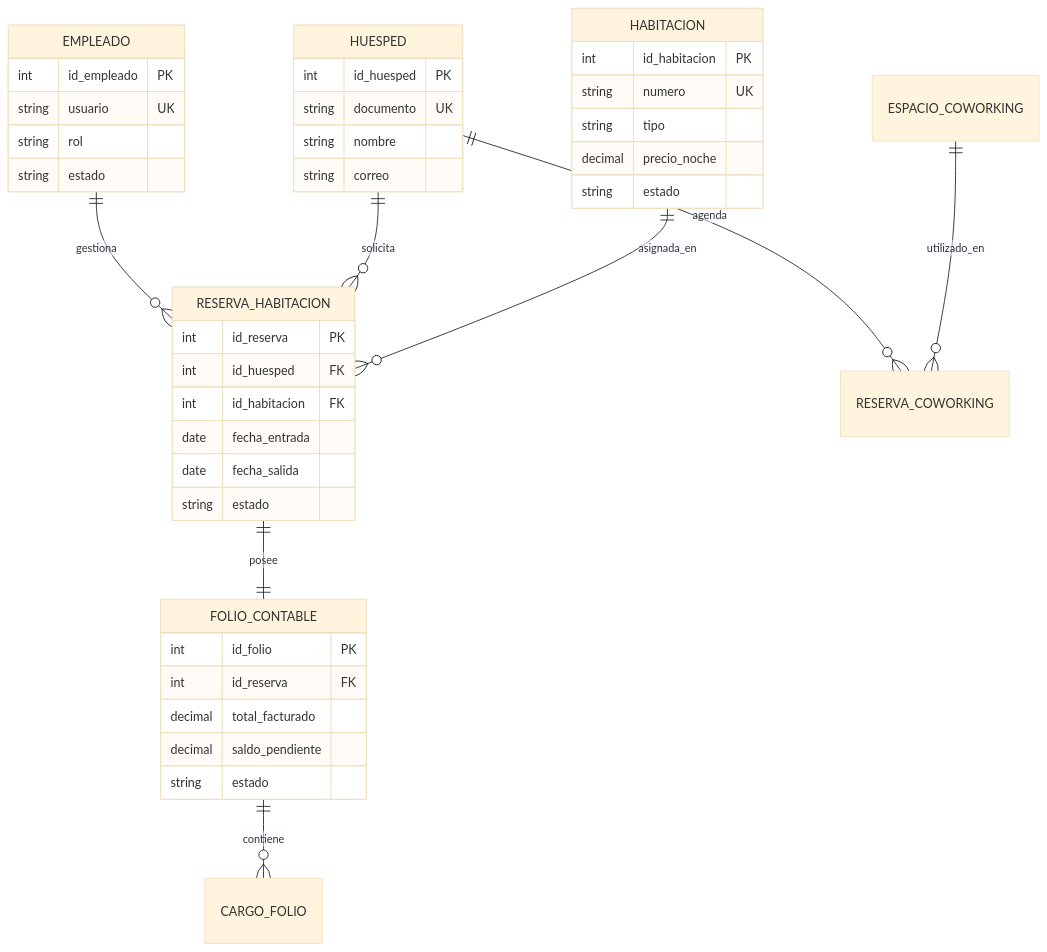
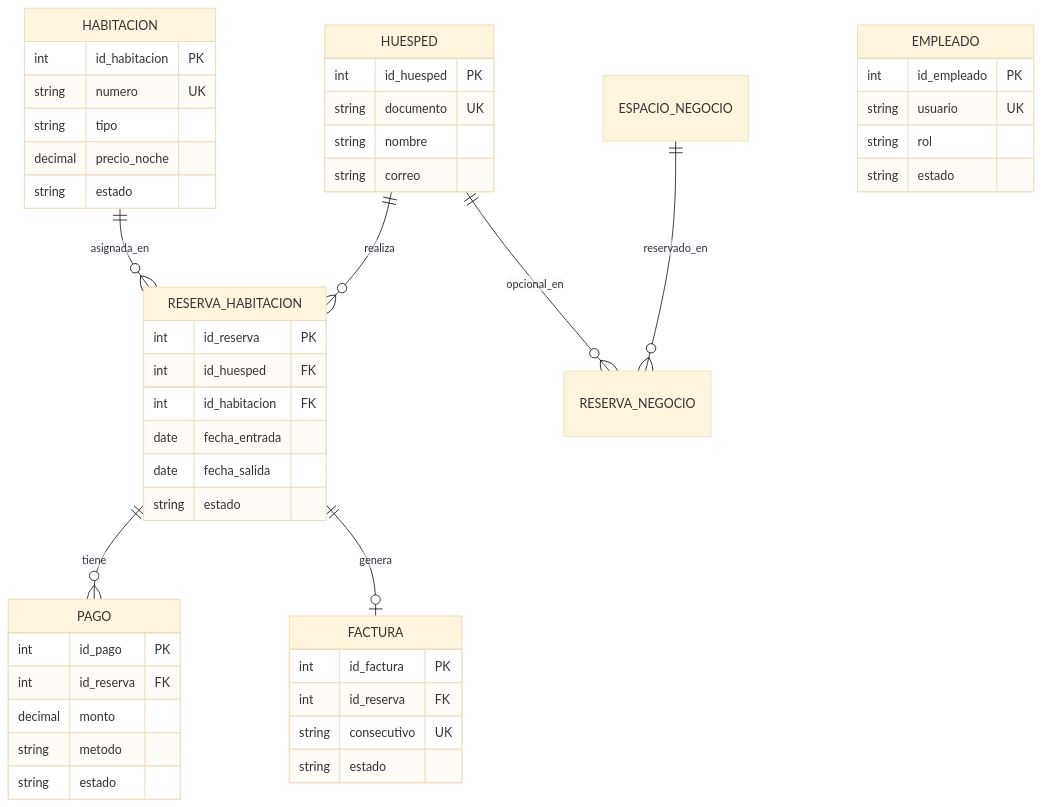
The fourth of 5 diagrams in docs/arquitectura/DOCUMENTACION_GENERAL_Y_DIAGRAMAS.md (bookingsoftHOTELFACILE/PROYECTO_FACILE), drawn with Mermaid (base theme) before and after one commit. The commit also changed other lines of this file and 11 other files, not shown here.

````diff
--- a/docs/arquitectura/DOCUMENTACION_GENERAL_Y_DIAGRAMAS.md
+++ b/docs/arquitectura/DOCUMENTACION_GENERAL_Y_DIAGRAMAS.md
@@ -177,45 +160,50 @@
 ```mermaid
 erDiagram
-    EMPLEADO ||--o{ RESERVA_HABITACION : "gestiona"
-    HUESPED ||--o{ RESERVA_HABITACION : "solicita"
-    HABITACION ||--o{ RESERVA_HABITACION : "asignada_en"
-    RESERVA_HABITACION ||--|| FOLIO_CONTABLE : "posee"
-    FOLIO_CONTABLE ||--o{ CARGO_FOLIO : "contiene"
-    HUESPED ||--o{ RESERVA_COWORKING : "agenda"
-    ESPACIO_COWORKING ||--o{ RESERVA_COWORKING : "utilizado_en"
+    HUESPED ||--o{ RESERVA_HABITACION : realiza
+    HABITACION ||--o{ RESERVA_HABITACION : asignada_en
+    RESERVA_HABITACION ||--o{ PAGO : tiene
+    RESERVA_HABITACION ||--o| FACTURA : genera
+    ESPACIO_NEGOCIO ||--o{ RESERVA_NEGOCIO : reservado_en
+    HUESPED ||--o{ RESERVA_NEGOCIO : opcional_en
 
     EMPLEADO {
         int id_empleado PK
         string usuario UK
         string rol
         string estado
     }
     HUESPED {
         int id_huesped PK
         string documento UK
         string nombre
         string correo
     }
     HABITACION {
         int id_habitacion PK
         string numero UK
         string tipo
         decimal precio_noche
         string estado
     }
     RESERVA_HABITACION {
         int id_reserva PK
         int id_huesped FK
         int id_habitacion FK
         date fecha_entrada
         date fecha_salida
         string estado
     }
-    FOLIO_CONTABLE {
-        int id_folio PK
+    PAGO {
+        int id_pago PK
         int id_reserva FK
-        decimal total_facturado
-        decimal saldo_pendiente
+        decimal monto
+        string metodo
+        string estado
+    }
+    FACTURA {
+        int id_factura PK
+        int id_reserva FK
+        string consecutivo UK
         string estado
     }
 ```
````
